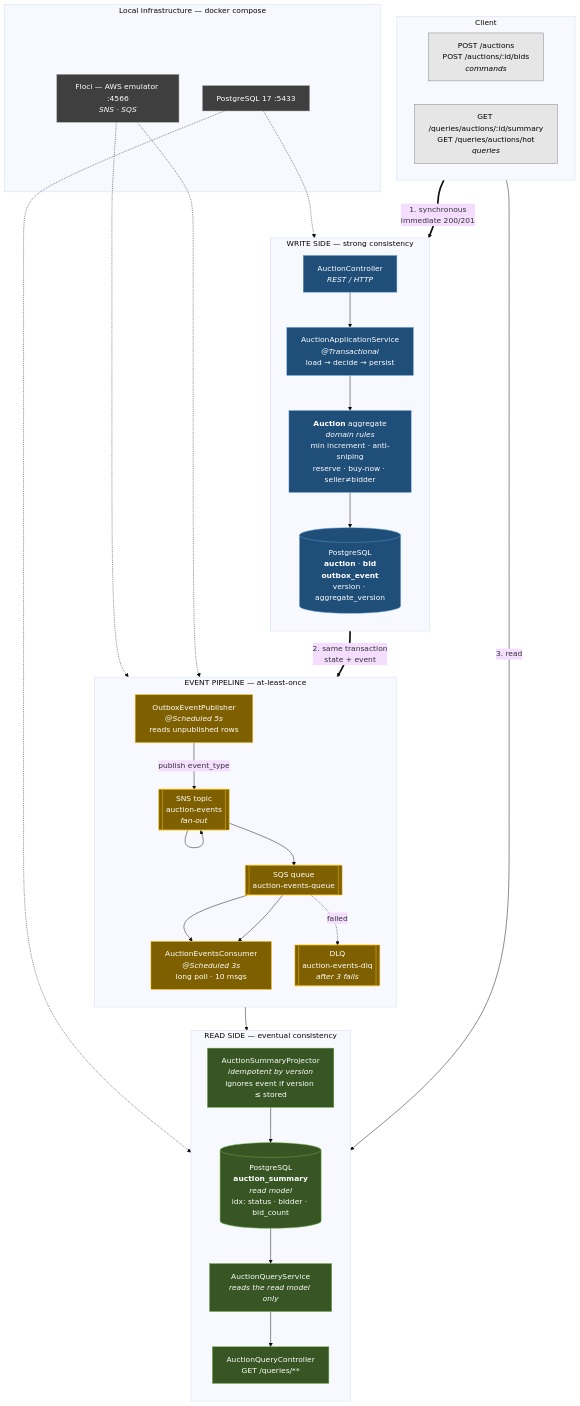
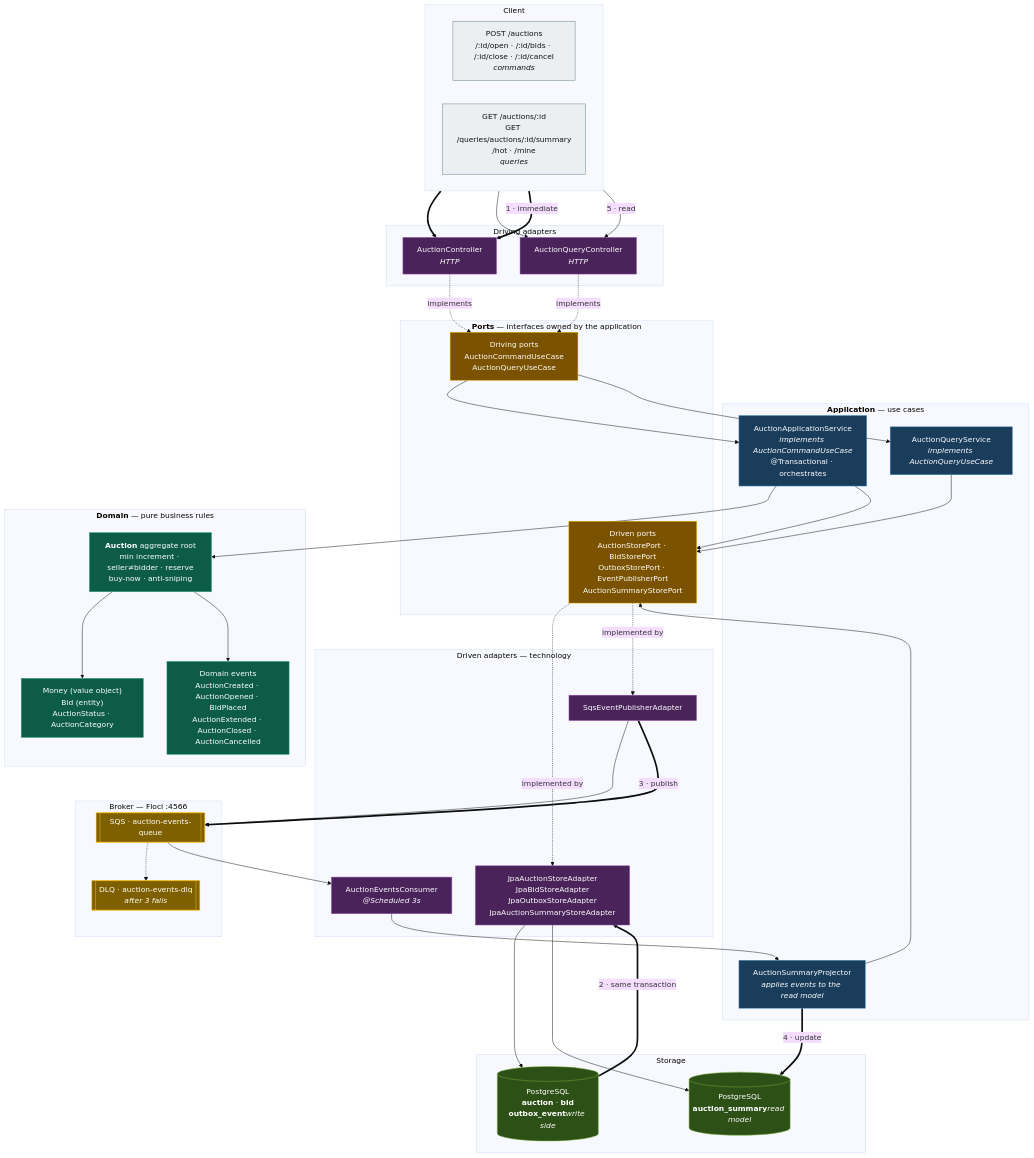
Before and after one commit to Macedopy/cqrs: the first of 6 diagrams in docs/architecture.md, drawn with Mermaid (base theme). The commit also changed other lines of this file and 40 other files, not shown here.

````diff
--- a/docs/architecture.md
+++ b/docs/architecture.md
@@ -11,74 +11,88 @@
 ```mermaid
 flowchart TB
-    %% ---------- Client ----------
     subgraph CLIENT["Client"]
         direction LR
-        C1["POST /auctions<br/>POST /auctions/:id/bids<br/><i>commands</i>"]
-        C2["GET /queries/auctions/:id/summary<br/>GET /queries/auctions/hot<br/><i>queries</i>"]
+        C1["POST /auctions<br/>/:id/open · /:id/bids · /:id/close · /:id/cancel<br/><i>commands</i>"]
+        C2["GET /auctions/:id<br/>GET /queries/auctions/:id/summary<br/>/hot · /mine<br/><i>queries</i>"]
     end
 
-    %% ---------- WRITE SIDE ----------
-    subgraph WRITE["WRITE SIDE — strong consistency"]
-        direction TB
-        WC["AuctionController<br/><i>REST / HTTP</i>"]
-        WAS["AuctionApplicationService<br/><i>@Transactional</i><br/>load → decide → persist"]
-        AGG["<b>Auction</b> aggregate<br/><i>domain rules</i><br/>min increment · anti-sniping<br/>reserve · buy-now · seller≠bidder"]
-        WDB[("PostgreSQL<br/><b>auction</b> · <b>bid</b><br/><b>outbox_event</b><br/>version · aggregate_version")]
-
-        WC --> WAS --> AGG --> WDB
+    subgraph ADAPTERS_IN["Driving adapters"]
+        WC["AuctionController<br/><i>HTTP</i>"]
+        QC["AuctionQueryController<br/><i>HTTP</i>"]
     end
 
-    %% ---------- EVENT PIPELINE ----------
-    subgraph PIPE["EVENT PIPELINE — at-least-once"]
-        direction TB
-        PUB["OutboxEventPublisher<br/><i>@Scheduled 5s</i><br/>reads unpublished rows"]
-        SNS[["SNS topic<br/>auction-events<br/><i>fan-out</i>"]]
-        SQS[["SQS queue<br/>auction-events-queue"]]
-        DLQ[["DLQ<br/>auction-events-dlq<br/><i>after 3 fails</i>"]]
-        CONS["AuctionEventsConsumer<br/><i>@Scheduled 3s</i><br/>long poll · 10 msgs"]
-
-        PUB -->|"publish event_type"| SNS --> SNS --> SQS --> CONS
-        SQS -.->|"failed"| DLQ
+    subgraph APP["<b>Application</b> — use cases"]
+        WAS["AuctionApplicationService<br/><i>implements AuctionCommandUseCase</i><br/>@Transactional · orchestrates"]
+        QS["AuctionQueryService<br/><i>implements AuctionQueryUseCase</i>"]
+        PRJ["AuctionSummaryProjector<br/><i>applies events to the read model</i>"]
     end
 
-    %% ---------- READ SIDE ----------
-    subgraph READ["READ SIDE — eventual consistency"]
-        direction TB
-        PROJ["AuctionSummaryProjector<br/><i>idempotent by version</i><br/>ignores event if version ≤ stored"]
-        RDB[("PostgreSQL<br/><b>auction_summary</b><br/><i>read model</i><br/>idx: status · bidder · bid_count")]
-        QS["AuctionQueryService<br/><i>reads the read model only</i>"]
-        QC["AuctionQueryController<br/>GET /queries/**"]
-
-        PROJ --> RDB --> QS --> QC
+    subgraph PORTS["<b>Ports</b> — interfaces owned by the application"]
+        PIN["Driving ports<br/>AuctionCommandUseCase<br/>AuctionQueryUseCase"]
+        POUT["Driven ports<br/>AuctionStorePort · BidStorePort<br/>OutboxStorePort · EventPublisherPort<br/>AuctionSummaryStorePort"]
     end
 
-    %% ---------- INFRA ----------
-    subgraph INFRA["Local infrastructure — docker compose"]
-        FLO["Floci — AWS emulator :4566<br/><i>SNS · SQS</i>"]
-        PG["PostgreSQL 17 :5433"]
+    subgraph DOMAIN["<b>Domain</b> — pure business rules"]
+        AGG["<b>Auction</b> aggregate root<br/>min increment · seller≠bidder · reserve<br/>buy-now · anti-sniping"]
+        DOMV["Money (value object)<br/>Bid (entity)<br/>AuctionStatus · AuctionCategory"]
+        DEVT["Domain events<br/>AuctionCreated · AuctionOpened · BidPlaced<br/>AuctionExtended · AuctionClosed · AuctionCancelled"]
     end
 
-    %% ---------- FLOWS ----------
-    C1 ==>|"1. synchronous<br/>immediate 200/201"| WC
-    C2 -->|"3. read"| QC
+    subgraph ADAPTERS_OUT["Driven adapters — technology"]
+        JPA["JpaAuctionStoreAdapter<br/>JpaBidStoreAdapter<br/>JpaOutboxStoreAdapter<br/>JpaAuctionSummaryStoreAdapter"]
+        SQSAD["SqsEventPublisherAdapter"]
+        CONS["AuctionEventsConsumer<br/><i>@Scheduled 3s</i>"]
+    end
 
-    WDB ==>|"2. same transaction<br/>state + event"| PUB
-    SQS --> CONS --> PROJ
-    FLO -.-> SNS
-    FLO -.-> SQS
-    PG -.-> WDB
-    PG -.-> RDB
+    subgraph DATA["Storage"]
+        WDB[("PostgreSQL<br/><b>auction</b> · <b>bid</b><br/><b>outbox_event</b><i>write side</i>")]
+        RDB[("PostgreSQL<br/><b>auction_summary</b><i>read model</i>")]
+    end
 
-    %% ---------- STYLES ----------
-    classDef write fill:#1f4e79,stroke:#5b9bd5,color:#fff
-    classDef pipe fill:#7f6000,stroke:#ffc000,color:#fff
-    classDef read fill:#375623,stroke:#70ad47,color:#fff
-    classDef infra fill:#3f3f3f,stroke:#a6a6a6,color:#fff
-    classDef client fill:#e7e6e6,stroke:#808080,color:#000
+    subgraph BROKER["Broker — Floci :4566"]
+        SQS[["SQS · auction-events-queue"]]
+        DLQ[["DLQ · auction-events-dlq<br/><i>after 3 fails</i>"]]
+    end
 
-    class WC,WAS,AGG,WDB write
-    class PUB,SNS,SQS,DLQ,CONS pipe
-    class PROJ,RDB,QS,QC read
-    class FLO,PG infra
+    C1 ==> WC
+    C2 --> QC
+    WC -.->|"implements"| PIN
+    QC -.->|"implements"| PIN
+    PIN --> WAS
+    PIN --> QS
+    WAS --> AGG
+    WAS --> POUT
+    QS --> POUT
+    POUT -.->|"implemented by"| JPA
+    POUT -.->|"implemented by"| SQSAD
+    AGG --> DOMV
+    AGG --> DEVT
+    JPA --> WDB
+    JPA --> RDB
+    SQSAD --> SQS
+    SQS -.-> DLQ
+    SQS --> CONS
+    CONS --> PRJ
+    PRJ --> POUT
+    C1 ==>|"1 · immediate"| WC
+    WDB ==>|"2 · same transaction"| JPA
+    SQSAD ==>|"3 · publish"| SQS
+    PRJ ==>|"4 · update"| RDB
+    C2 -->|"5 · read"| QC
+
+    classDef client fill:#eceff1,stroke:#607d8b,color:#111
+    classDef app fill:#1a3d5c,stroke:#4a90c2,color:#fff
+    classDef ports fill:#7a5200,stroke:#e0a800,color:#fff
+    classDef domain fill:#0d5c4a,stroke:#3fae8f,color:#fff
+    classDef adapter fill:#4a235a,stroke:#9b59b6,color:#fff
+    classDef data fill:#2d5016,stroke:#7cb342,color:#fff
+    classDef broker fill:#7f6000,stroke:#ffc000,color:#fff
+
     class C1,C2 client
+    class WAS,QS,PRJ app
+    class PIN,POUT ports
+    class AGG,DOMV,DEVT domain
+    class WC,QC,JPA,SQSAD,CONS adapter
+    class WDB,RDB data
+    class SQS,DLQ broker
 ```
````
